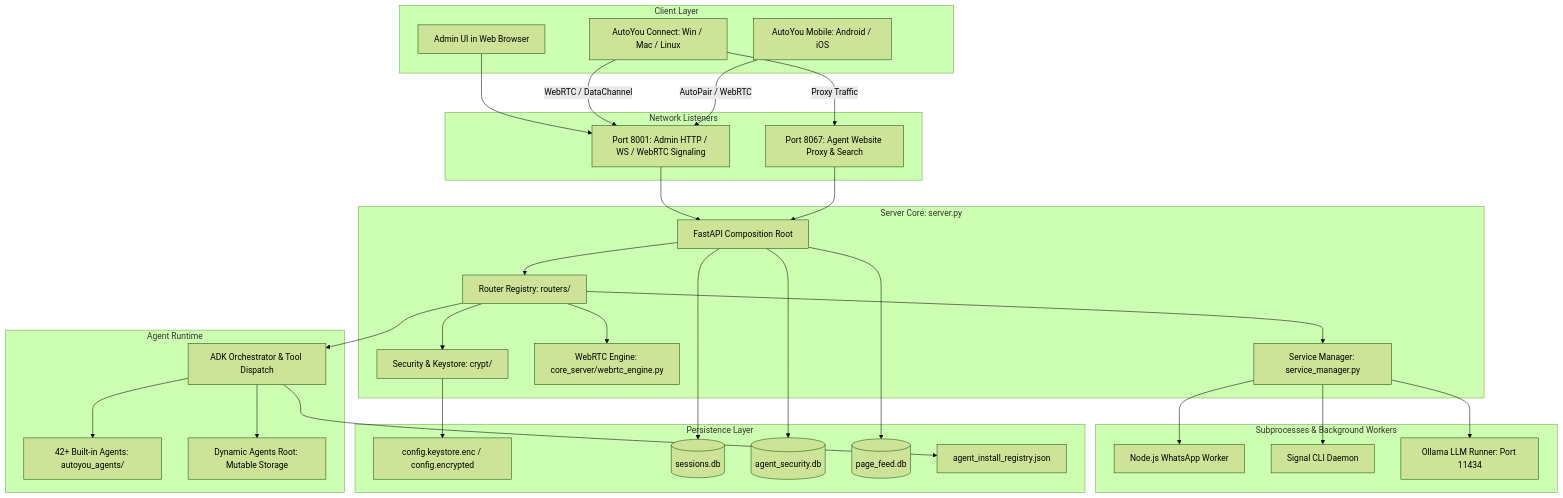
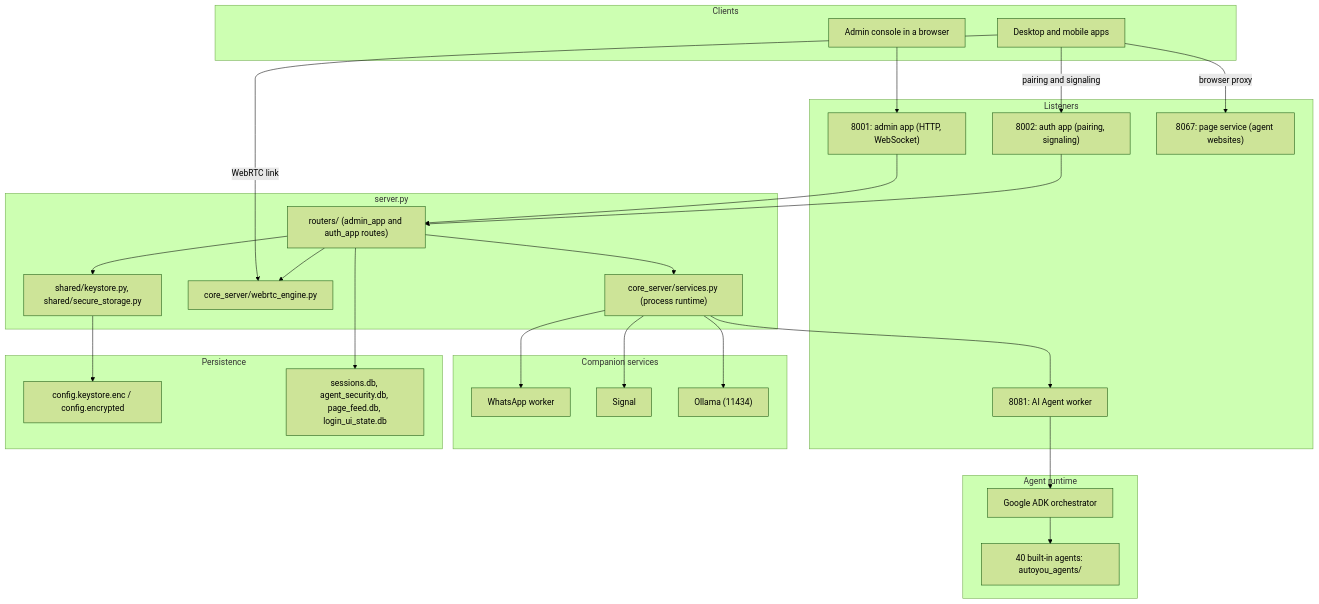
One commit to autoyou-ai/AutoYou-Server changed the diagram in docs/architecture/overview.mdx. Above: the diagram before and after it, drawn with Mermaid (forest theme). The commit also changed other lines of this file and 64 other files, not shown here.

````diff
--- a/docs/architecture/overview.mdx
+++ b/docs/architecture/overview.mdx
@@ -14,67 +14,56 @@
 ```mermaid
 graph TB
-    subgraph Client Layer
-        WebClient[Admin UI in Web Browser]
-        NativeClient[AutoYou Connect: Win / Mac / Linux]
-        MobileClient[AutoYou Mobile: Android / iOS]
+    subgraph Clients
+        WebClient[Admin console in a browser]
+        NativeClient[Desktop and mobile apps]
     end
 
-    subgraph Network Listeners
-        P8001["Port 8001: Admin HTTP / WS / WebRTC Signaling"]
-        P8067["Port 8067: Agent Website Proxy & Search"]
+    subgraph Listeners
+        P8001["8001: admin app (HTTP, WebSocket)"]
+        P8002["8002: auth app (pairing, signaling)"]
+        P8067["8067: page service (agent websites)"]
+        P8081["8081: AI Agent worker"]
     end
 
-    subgraph Server Core: server.py
-        FastAPIApp[FastAPI Composition Root]
-        RouterReg[Router Registry: routers/]
-        SecurityEngine[Security & Keystore: crypt/]
-        WebRTCEngine[WebRTC Engine: core_server/webrtc_engine.py]
-        ServiceMgr[Service Manager: service_manager.py]
+    subgraph Server["server.py"]
+        Routers["routers/ (admin_app and auth_app routes)"]
+        Storage["shared/keystore.py, shared/secure_storage.py"]
+        WebRTC["core_server/webrtc_engine.py"]
+        Procs["core_server/services.py (process runtime)"]
     end
 
-    subgraph Agent Runtime
-        ADK[ADK Orchestrator & Tool Dispatch]
-        AgentCatalog[42+ Built-in Agents: autoyou_agents/]
-        DynamicRoot[Dynamic Agents Root: Mutable Storage]
+    subgraph Agents["Agent runtime"]
+        ADK[Google ADK orchestrator]
+        Catalog["40 built-in agents: autoyou_agents/"]
     end
 
-    subgraph Subprocesses & Background Workers
-        NodeWorker[Node.js WhatsApp Worker]
-        SignalDaemon[Signal CLI Daemon]
-        OllamaDaemon[Ollama LLM Runner: Port 11434]
+    subgraph Companions["Companion services"]
+        WhatsApp[WhatsApp worker]
+        Signal[Signal]
+        Ollama["Ollama (11434)"]
     end
 
-    subgraph Persistence Layer
-        Keystore[config.keystore.enc / config.encrypted]
-        SessionsDB[(sessions.db)]
-        SecurityDB[(agent_security.db)]
-        PageFeedDB[(page_feed.db)]
-        Registries[agent_install_registry.json]
+    subgraph Persistence
+        Keystore["config.keystore.enc / config.encrypted"]
+        DBs["sessions.db, agent_security.db, page_feed.db, login_ui_state.db"]
     end
 
     WebClient --> P8001
-    NativeClient -->|WebRTC / DataChannel| P8001
-    MobileClient -->|AutoPair / WebRTC| P8001
-    NativeClient -->|Proxy Traffic| P8067
+    NativeClient -->|pairing and signaling| P8002
+    NativeClient -->|WebRTC link| WebRTC
+    NativeClient -->|browser proxy| P8067
 
-    P8001 --> FastAPIApp
-    P8067 --> FastAPIApp
-
-    FastAPIApp --> RouterReg
-    RouterReg --> SecurityEngine
-    RouterReg --> WebRTCEngine
-    RouterReg --> ServiceMgr
-    RouterReg --> ADK
-
-    ADK --> AgentCatalog
-    ADK --> DynamicRoot
-    ServiceMgr --> NodeWorker
-    ServiceMgr --> SignalDaemon
-    ServiceMgr --> OllamaDaemon
-
-    SecurityEngine --> Keystore
-    FastAPIApp --> SessionsDB
-    FastAPIApp --> SecurityDB
-    FastAPIApp --> PageFeedDB
-    ADK --> Registries
+    P8001 --> Routers
+    P8002 --> Routers
+    Routers --> Storage
+    Routers --> WebRTC
+    Routers --> Procs
+    Procs --> P8081
+    P8081 --> ADK
+    ADK --> Catalog
+    Procs --> WhatsApp
+    Procs --> Signal
+    Procs --> Ollama
+    Storage --> Keystore
+    Routers --> DBs
 ```
````
